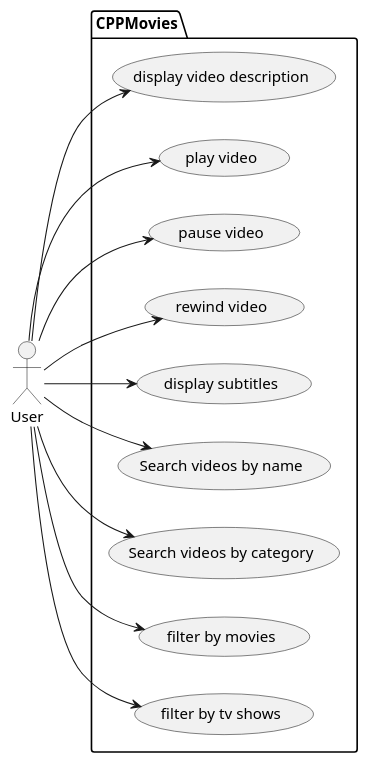
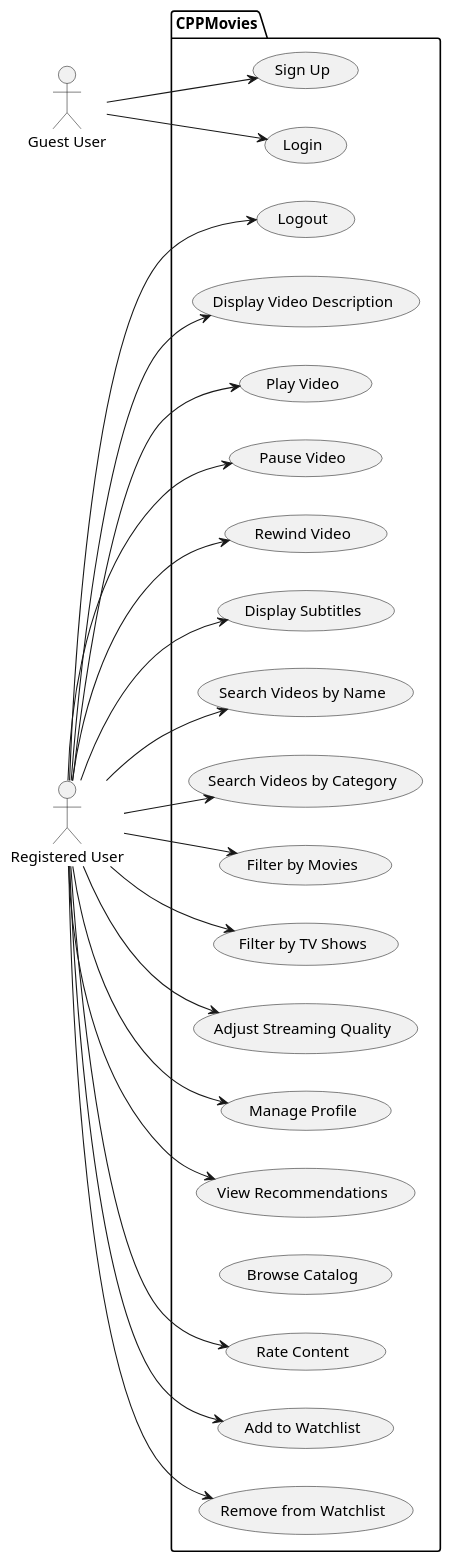
One commit to cyberdremer/CS4800FinalProject changed the diagram in src/main/java/org/part2/UseCaseDiagram.puml. Above: the diagram before and after it, drawn with PlantUML. The commit also changed 1 other file, not shown here.

Commit message:
feat(part2): Enhance use case diagram, class diagram outlined

```diff
--- a/src/main/java/org/part2/UseCaseDiagram.puml
+++ b/src/main/java/org/part2/UseCaseDiagram.puml
@@ -1,29 +1,49 @@
 @startuml
 'https://plantuml.com/use-case-diagram
 left to right direction
-:User:
+actor Guest as "Guest User"
+actor User as "Registered User"
 
-package CPPMovies {
-    (display video description)
-    (play video)
-    (pause video)
-    (rewind video)
-    (display subtitles)
-    (Search videos by name)
-    (Search videos by category)
-    (filter by movies)
-    (filter by tv shows)
+package "CPPMovies"{
+    (Display Video Description)
+    (Play Video)
+    (Pause Video)
+    (Rewind Video)
+    (Display Subtitles)
+    (Search Videos by Name)
+    (Search Videos by Category)
+    (Filter by Movies)
+    (Filter by TV Shows)
+    (Adjust Streaming Quality)
+    (Manage Profile)
+    (View Recommendations)
+    (Rate Content)
+    (Add to Watchlist)
+    (Remove from Watchlist)
+    (Browse Catalog)
+    (Login)
+    (Sign Up)
+    (Logout)
 }
 
-User --> (display video description)
-User -->  (play video)
-User -->  (pause video)
-User -->  (rewind video)
-User -->  (display subtitles)
-User --> (Search videos by name)
-User --> (Search videos by category)
-User --> (filter by movies)
-User --> (filter by tv shows)
+User --> (Display Video Description)
+User --> (Play Video)
+User --> (Pause Video)
+User --> (Rewind Video)
+User --> (Display Subtitles)
+User --> (Search Videos by Name)
+User --> (Search Videos by Category)
+User --> (Filter by Movies)
+User --> (Filter by TV Shows)
+User --> (Adjust Streaming Quality)
+User --> (Manage Profile)
+User --> (View Recommendations)
+User --> (Rate Content)
+User --> (Add to Watchlist)
+User --> (Remove from Watchlist)
+User --> (Logout)
 
+Guest --> (Login)
+Guest --> (Sign Up)
 
 @enduml
```
